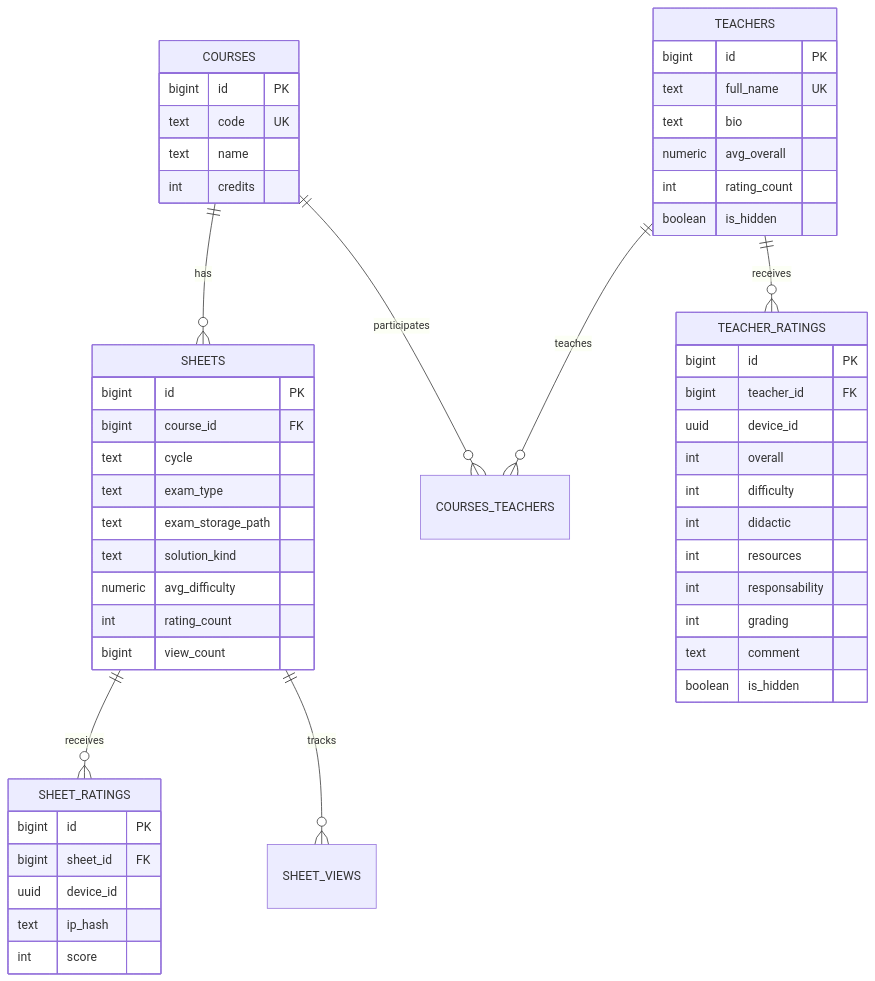
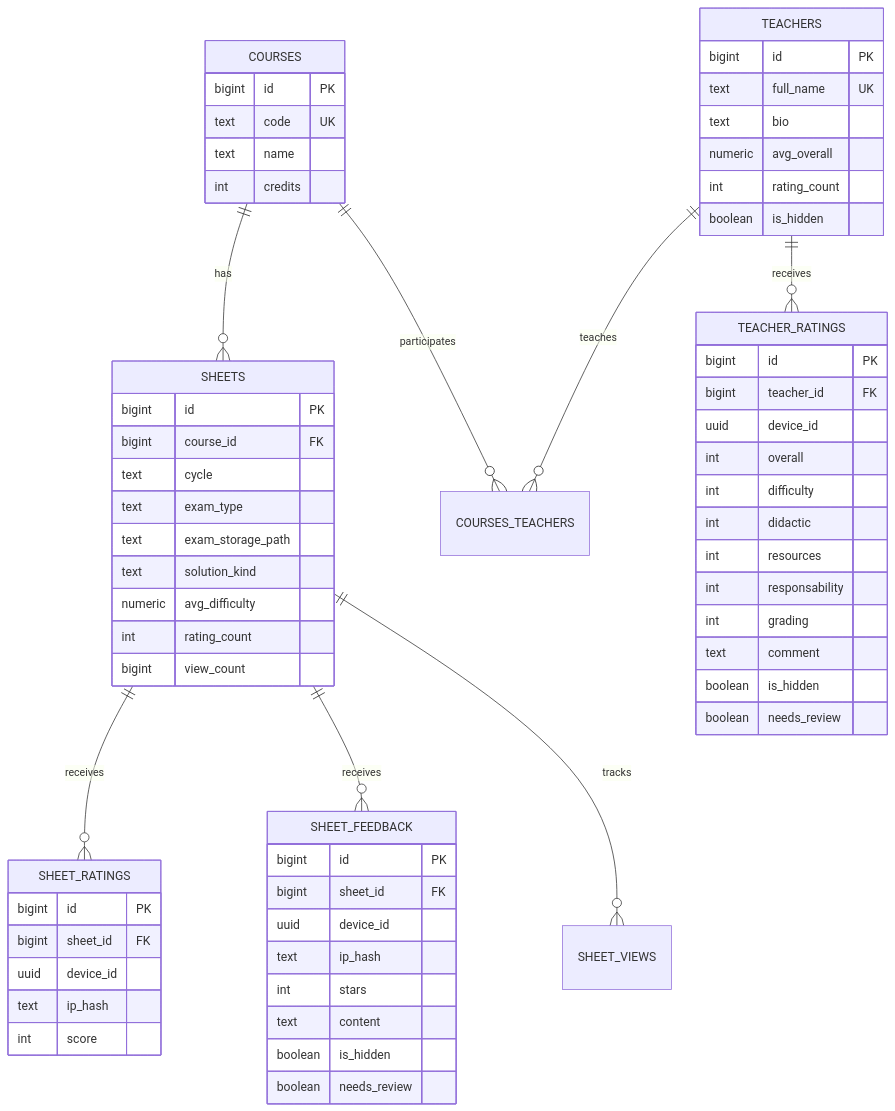
Before and after one commit to ccUnicode/TrikaWeb: the ninth of 10 diagrams in docs/flujos.md, drawn with Mermaid. The commit also changed other lines of this file and 4 other files, not shown here.

````diff
--- a/docs/flujos.md
+++ b/docs/flujos.md
@@ -207,59 +217,72 @@
 ```mermaid
 erDiagram
     COURSES ||--o{ SHEETS : has
     COURSES ||--o{ COURSES_TEACHERS : participates
     TEACHERS ||--o{ COURSES_TEACHERS : teaches
     TEACHERS ||--o{ TEACHER_RATINGS : receives
     SHEETS ||--o{ SHEET_RATINGS : receives
+    SHEETS ||--o{ SHEET_FEEDBACK : receives
     SHEETS ||--o{ SHEET_VIEWS : tracks
     
     COURSES {
         bigint id PK
         text code UK
         text name
         int credits
     }
     
     TEACHERS {
         bigint id PK
         text full_name UK
         text bio
         numeric avg_overall
         int rating_count
         boolean is_hidden
     }
     
     SHEETS {
         bigint id PK
         bigint course_id FK
         text cycle
         text exam_type
         text exam_storage_path
         text solution_kind
         numeric avg_difficulty
         int rating_count
         bigint view_count
     }
     
     SHEET_RATINGS {
         bigint id PK
         bigint sheet_id FK
         uuid device_id
         text ip_hash
         int score
     }
     
+    SHEET_FEEDBACK {
+        bigint id PK
+        bigint sheet_id FK
+        uuid device_id
+        text ip_hash
+        int stars
+        text content
+        boolean is_hidden
+        boolean needs_review
+    }
+    
     TEACHER_RATINGS {
         bigint id PK
         bigint teacher_id FK
         uuid device_id
         int overall
         int difficulty
         int didactic
         int resources
         int responsability
         int grading
         text comment
         boolean is_hidden
+        boolean needs_review
     }
 ```
````
